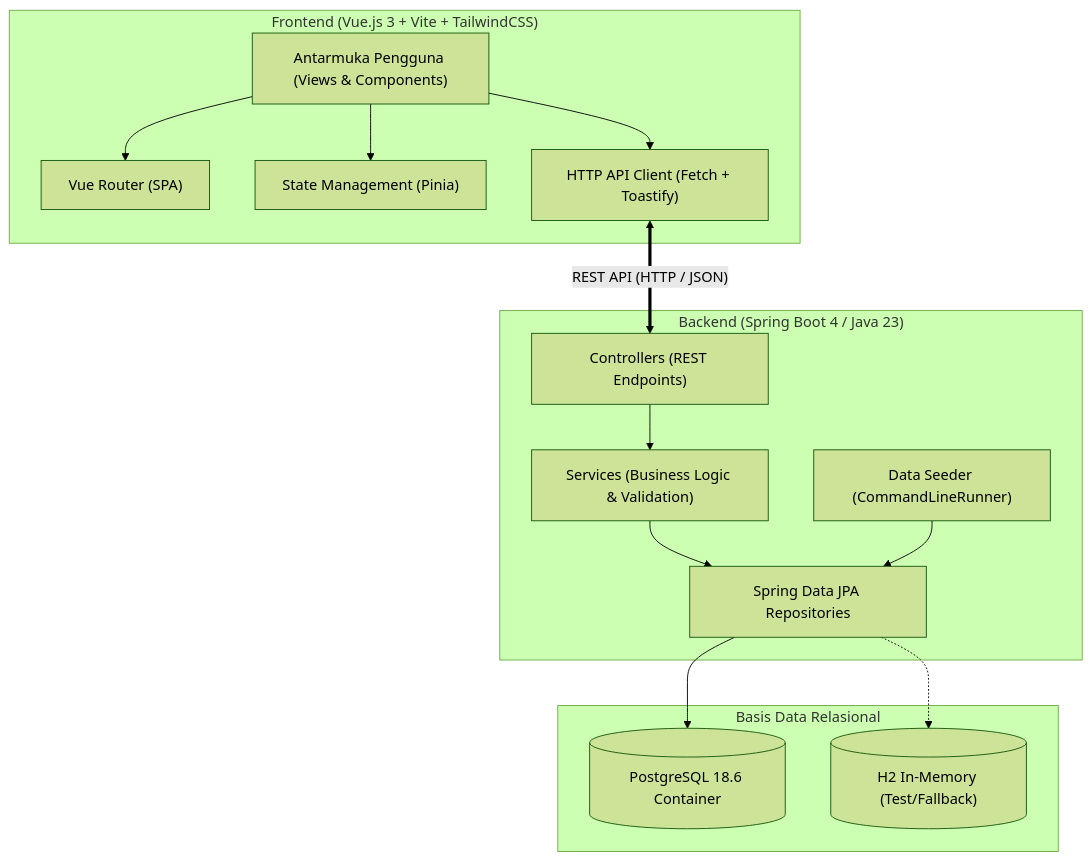
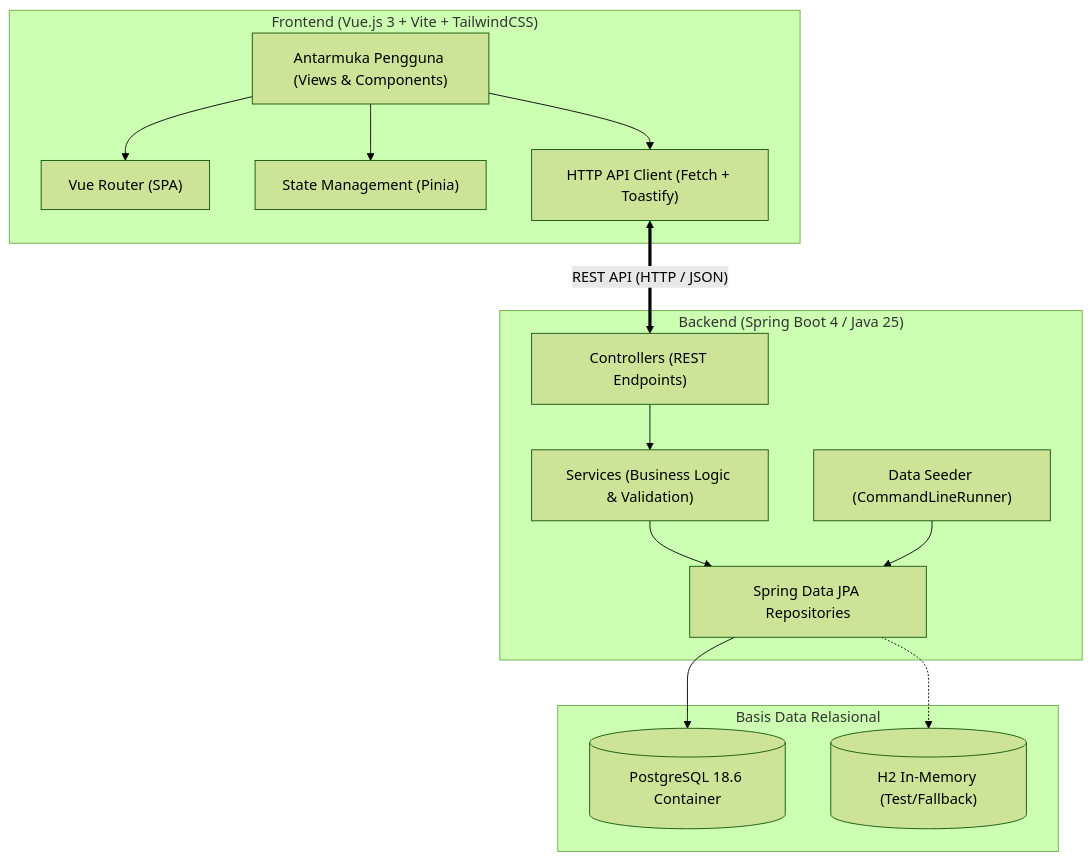
Before and after one commit to freyazahra/TI_MBG5_2406349285: the first of 2 diagrams in README.md, drawn with Mermaid (forest theme). The commit also changed other lines of this file and 8 other files, not shown here.

````diff
--- a/README.md
+++ b/README.md
@@ -22,31 +22,31 @@
 ```mermaid
 graph TD
     subgraph Client ["Frontend (Vue.js 3 + Vite + TailwindCSS)"]
         UI["Antarmuka Pengguna (Views & Components)"]
         Router["Vue Router (SPA)"]
         Pinia["State Management (Pinia)"]
         Service["HTTP API Client (Fetch + Toastify)"]
         UI --> Router
         UI --> Pinia
         UI --> Service
     end
 
-    subgraph Server ["Backend (Spring Boot 4 / Java 23)"]
+    subgraph Server ["Backend (Spring Boot 4 / Java 25)"]
         Controller["Controllers (REST Endpoints)"]
         ServiceLayer["Services (Business Logic & Validation)"]
         Repo["Spring Data JPA Repositories"]
         Seeder["Data Seeder (CommandLineRunner)"]
         Controller --> ServiceLayer
         ServiceLayer --> Repo
         Seeder --> Repo
     end
 
     subgraph Database ["Basis Data Relasional"]
         PG[("PostgreSQL 18.6 Container")]
         H2[("H2 In-Memory (Test/Fallback)")]
         Repo --> PG
         Repo -.-> H2
     end
 
     Service <== "REST API (HTTP / JSON)" ==> Controller
 ```
````
